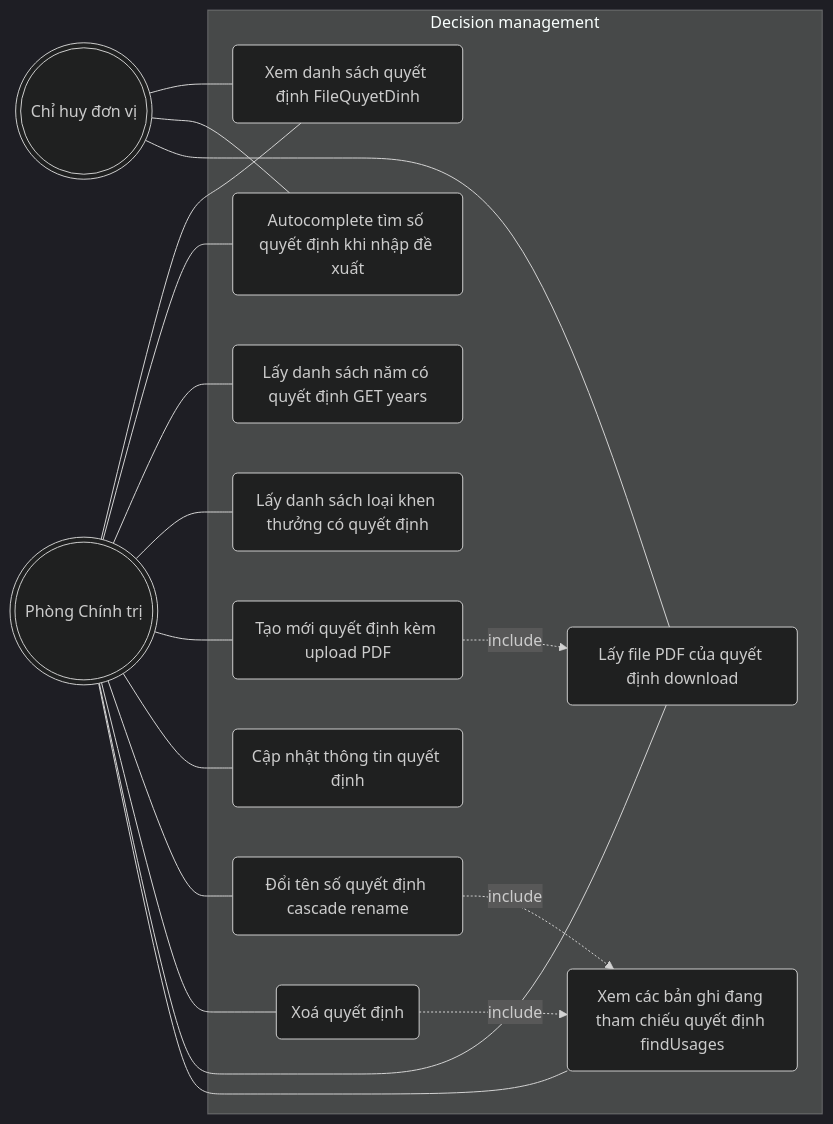
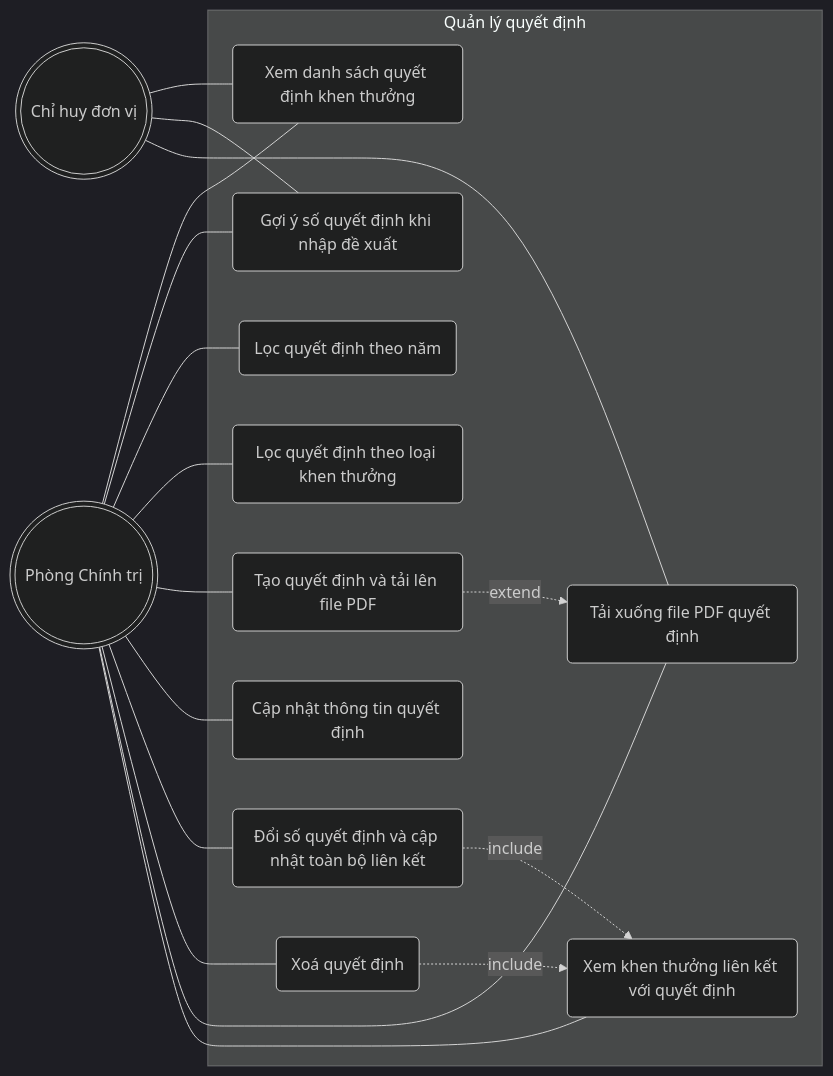
Before and after one commit to tranducbk/DATN_PM_QLKT: diagram 14 of 15 in docs/diagrams/01-use-case.md, drawn with Mermaid (dark theme). The commit also changed other lines of this file and 29 other files, not shown here.

First line of the commit message:
Update CLAUDE.md with additional validation rules and introduce new database schema

````diff
--- a/docs/diagrams/01-use-case.md
+++ b/docs/diagrams/01-use-case.md
@@ -738,37 +740,37 @@
 ```mermaid
 flowchart LR
     AD(((Phòng Chính trị)))
     MG(((Chỉ huy đơn vị)))
 
-    subgraph SYS[Decision management]
-        UC1(Xem danh sách quyết định FileQuyetDinh)
-        UC2(Autocomplete tìm số quyết định khi nhập đề xuất)
-        UC3(Lấy danh sách năm có quyết định GET years)
-        UC4(Lấy danh sách loại khen thưởng có quyết định)
-        UC5(Tạo mới quyết định kèm upload PDF)
+    subgraph SYS[Quản lý quyết định]
+        UC1(Xem danh sách quyết định khen thưởng)
+        UC2(Gợi ý số quyết định khi nhập đề xuất)
+        UC3(Lọc quyết định theo năm)
+        UC4(Lọc quyết định theo loại khen thưởng)
+        UC5(Tạo quyết định và tải lên file PDF)
         UC6(Cập nhật thông tin quyết định)
-        UC7(Đổi tên số quyết định cascade rename)
+        UC7(Đổi số quyết định và cập nhật toàn bộ liên kết)
         UC8(Xoá quyết định)
-        UC9(Lấy file PDF của quyết định download)
-        UC10(Xem các bản ghi đang tham chiếu quyết định findUsages)
+        UC9(Tải xuống file PDF quyết định)
+        UC10(Xem khen thưởng liên kết với quyết định)
 
-        UC5 -.->|include| UC9
+        UC5 -.->|extend| UC9
         UC7 -.->|include| UC10
         UC8 -.->|include| UC10
     end
 
     AD --- UC1
     AD --- UC2
     AD --- UC3
     AD --- UC4
     AD --- UC5
     AD --- UC6
     AD --- UC7
     AD --- UC8
     AD --- UC9
     AD --- UC10
 
     MG --- UC1
     MG --- UC2
     MG --- UC9
 ```
````
